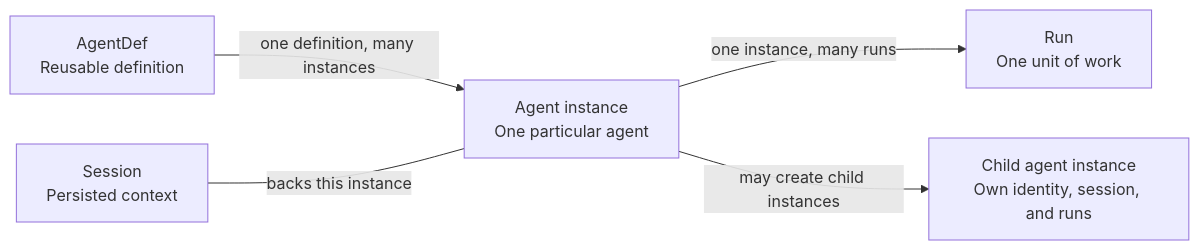
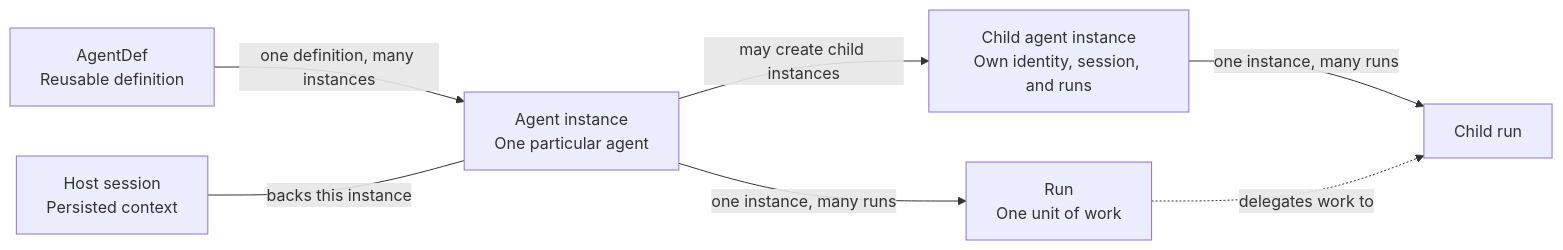
One commit to stacklok/mecatl changed the diagram in docs/drafts/agent-identity/agent-definitions.md. Above: the diagram before and after it, drawn with Mermaid. The commit also changed other lines of this file and 4 other files, not shown here.

````diff
--- a/docs/drafts/agent-identity/agent-definitions.md
+++ b/docs/drafts/agent-identity/agent-definitions.md
@@ -26,13 +26,16 @@
 ```mermaid
 flowchart LR
     D["AgentDef<br/>Reusable definition"]
-    S["Session<br/>Persisted context"]
+    S["Host session<br/>Persisted context"]
     I["Agent instance<br/>One particular agent"]
     R["Run<br/>One unit of work"]
     C["Child agent instance<br/>Own identity, session, and runs"]
+    CR["Child run"]
 
     D -->|"one definition, many instances"| I
     S ---|"backs this instance"| I
     I -->|"one instance, many runs"| R
     I -->|"may create child instances"| C
+    C -->|"one instance, many runs"| CR
+    R -.->|"delegates work to"| CR
 ```
````
